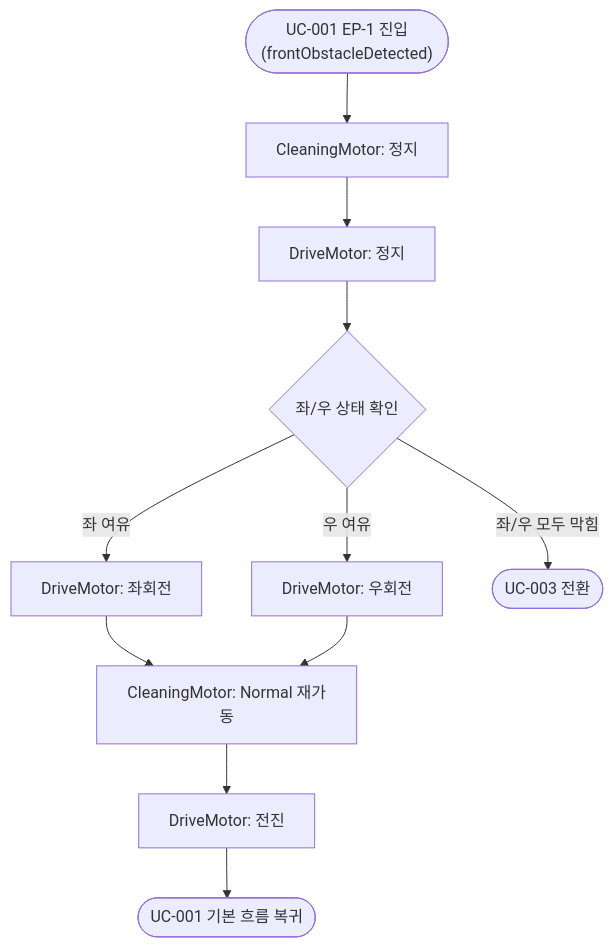
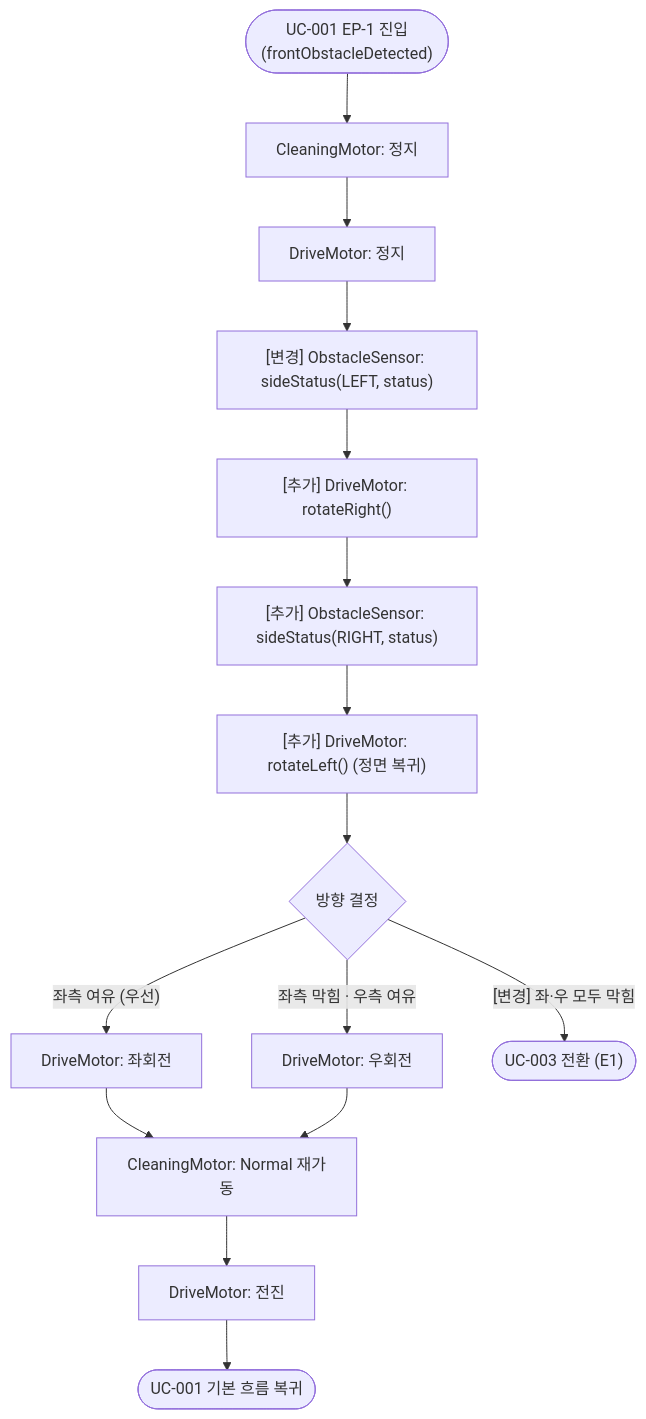
One commit to Jae-ah/RVC-CONTROLLER changed the diagram in arch/usecases/UC-002.md. Above: the diagram before and after it, drawn with Mermaid. The commit also changed other lines of this file and 32 other files, not shown here.

````diff
--- a/arch/usecases/UC-002.md
+++ b/arch/usecases/UC-002.md
@@ -46,14 +49,18 @@
 ```mermaid
 flowchart TD
     Trigger(["UC-001 EP-1 진입<br/>(frontObstacleDetected)"])
     Trigger --> A[CleaningMotor: 정지]
     A --> B[DriveMotor: 정지]
-    B --> C{좌/우 상태 확인}
-    C -- 좌 여유 --> D[DriveMotor: 좌회전]
-    C -- 우 여유 --> E[DriveMotor: 우회전]
-    C -- 좌/우 모두 막힘 --> F(["UC-003 전환"])
-    D --> G[CleaningMotor: Normal 재가동]
-    E --> G
-    G --> H[DriveMotor: 전진]
-    H --> Return(["UC-001 기본 흐름 복귀"])
+    B --> C["[변경] ObstacleSensor: sideStatus(LEFT, status)"]
+    C --> D["[추가] DriveMotor: rotateRight()"]
+    D --> E["[추가] ObstacleSensor: sideStatus(RIGHT, status)"]
+    E --> EL["[추가] DriveMotor: rotateLeft() (정면 복귀)"]
+    EL --> F{방향 결정}
+    F -- "좌측 여유 (우선)" --> G[DriveMotor: 좌회전]
+    F -- "좌측 막힘 · 우측 여유" --> H[DriveMotor: 우회전]
+    F -- "[변경] 좌·우 모두 막힘" --> I(["UC-003 전환 (E1)"])
+    G --> J[CleaningMotor: Normal 재가동]
+    H --> J
+    J --> K[DriveMotor: 전진]
+    K --> Return(["UC-001 기본 흐름 복귀"])
 ```
````
